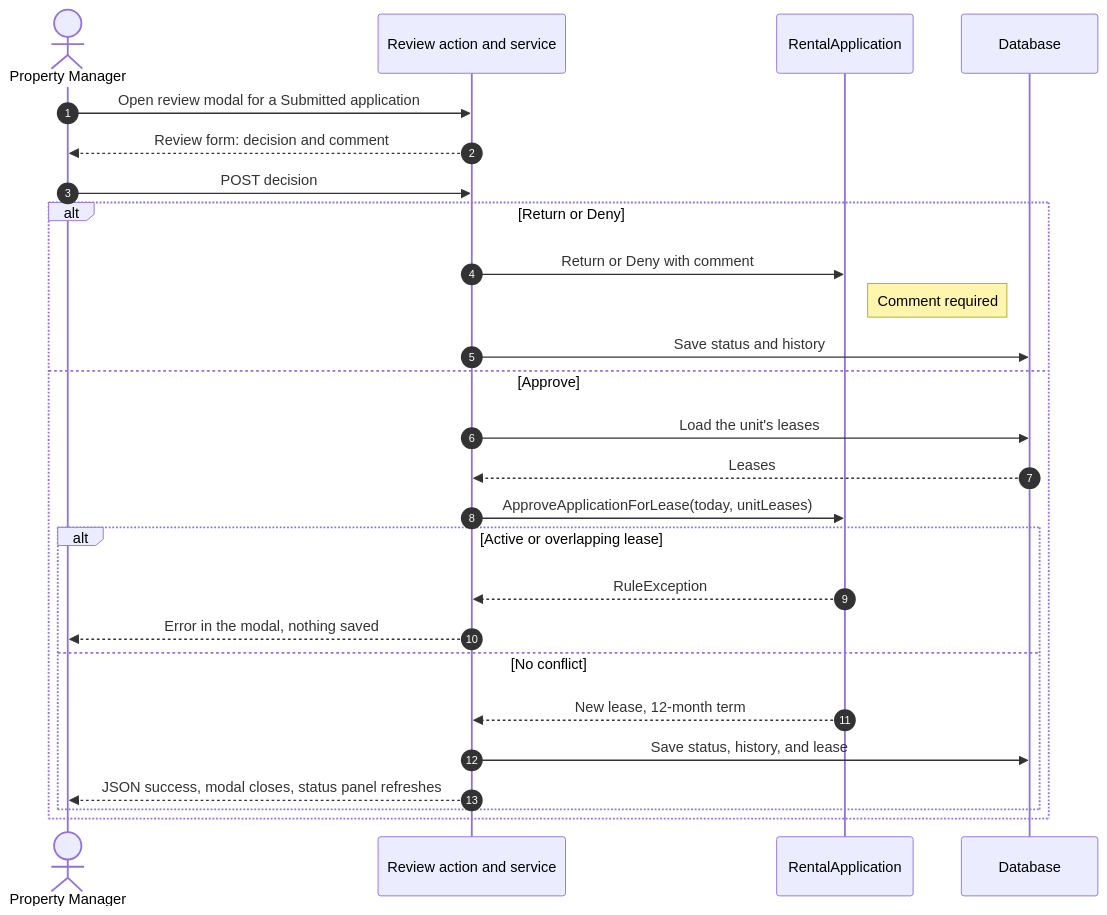
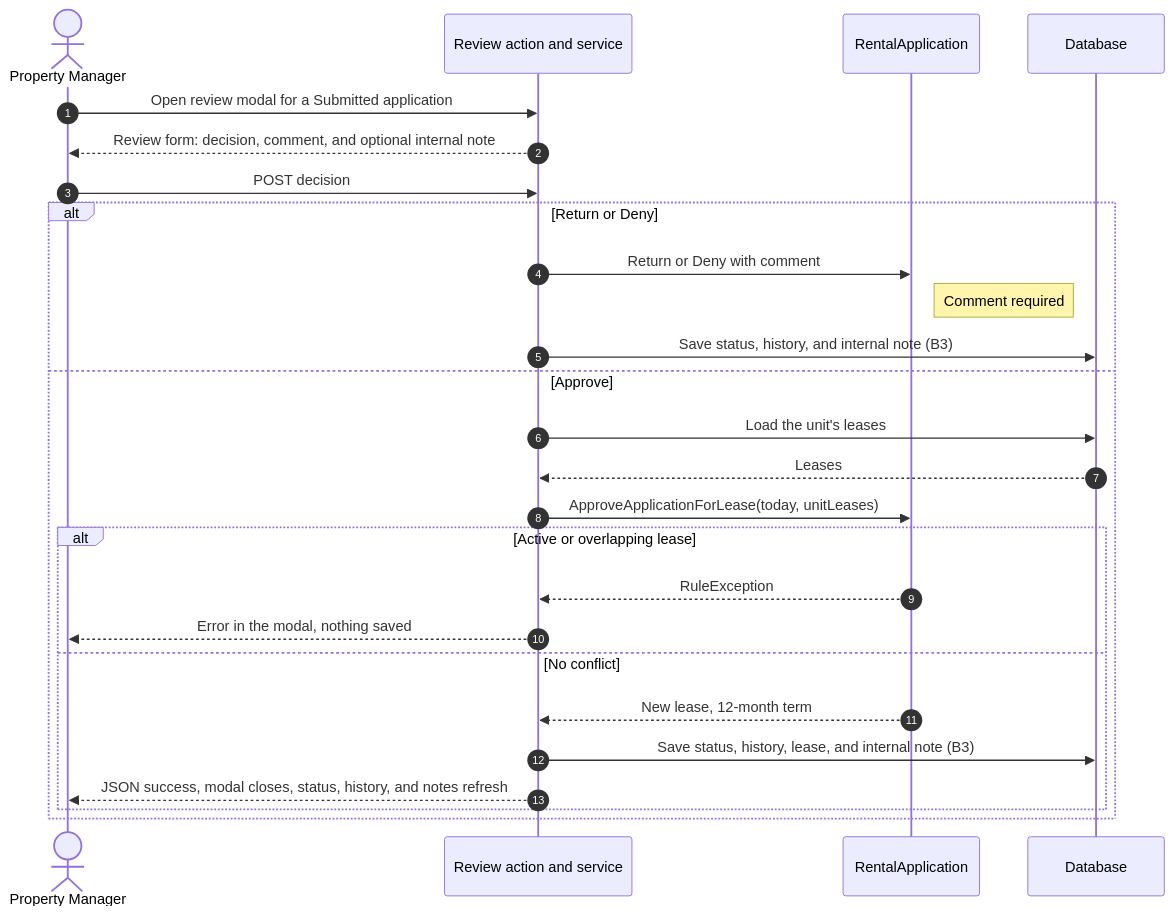
One commit to breps83/troy-rentalportal changed the seventh of 7 diagrams in docs/diagrams.md. Above: the diagram before and after it, drawn with Mermaid. The commit also changed other lines of this file and 27 other files, not shown here.

````diff
--- a/docs/diagrams.md
+++ b/docs/diagrams.md
@@ -341,30 +361,30 @@
 ```mermaid
 sequenceDiagram
     autonumber
     actor PM as Property Manager
     participant Ctrl as Review action and service
     participant App as RentalApplication
     participant DB as Database
 
     PM->>Ctrl: Open review modal for a Submitted application
-    Ctrl-->>PM: Review form: decision and comment
+    Ctrl-->>PM: Review form: decision, comment, and optional internal note
 
     PM->>Ctrl: POST decision
     alt Return or Deny
         Ctrl->>App: Return or Deny with comment
         Note right of App: Comment required
-        Ctrl->>DB: Save status and history
+        Ctrl->>DB: Save status, history, and internal note (B3)
     else Approve
         Ctrl->>DB: Load the unit's leases
         DB-->>Ctrl: Leases
         Ctrl->>App: ApproveApplicationForLease(today, unitLeases)
         alt Active or overlapping lease
             App-->>Ctrl: RuleException
             Ctrl-->>PM: Error in the modal, nothing saved
         else No conflict
             App-->>Ctrl: New lease, 12-month term
-            Ctrl->>DB: Save status, history, and lease
-            Ctrl-->>PM: JSON success, modal closes, status panel refreshes
+            Ctrl->>DB: Save status, history, lease, and internal note (B3)
+            Ctrl-->>PM: JSON success, modal closes, status, history, and notes refresh
         end
     end
 ```
````
